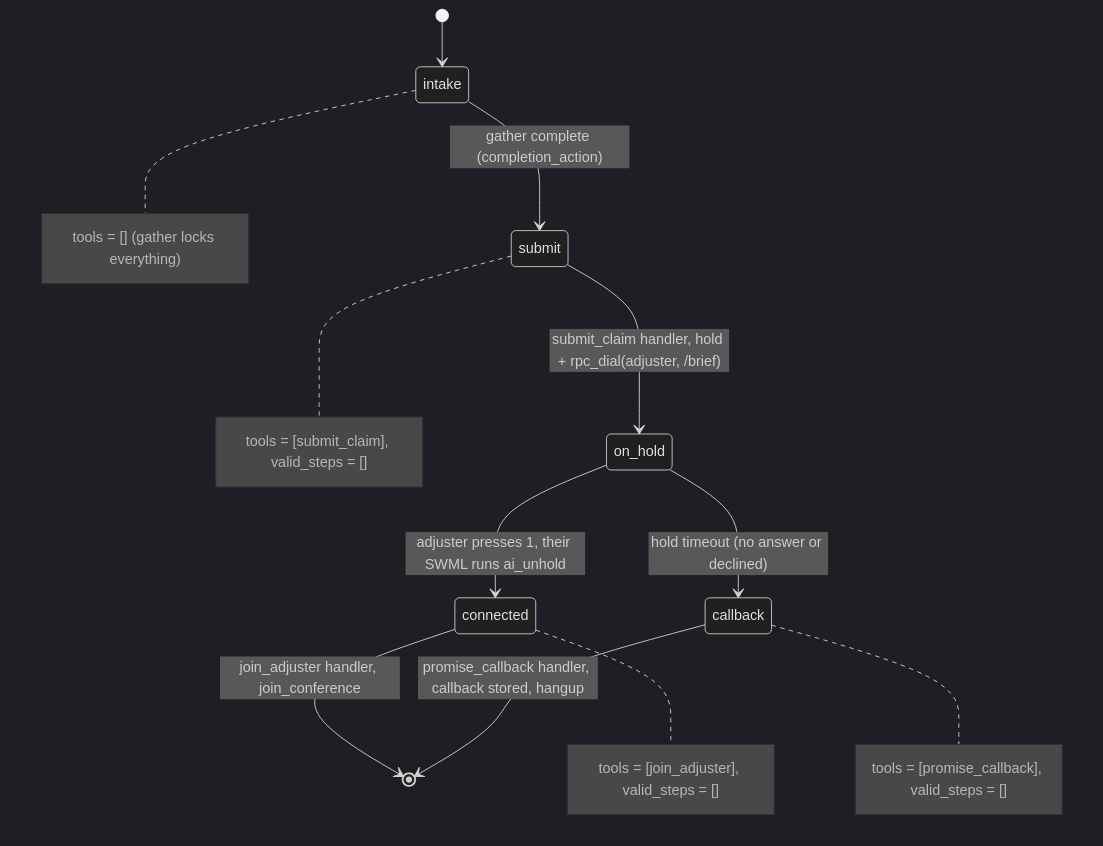
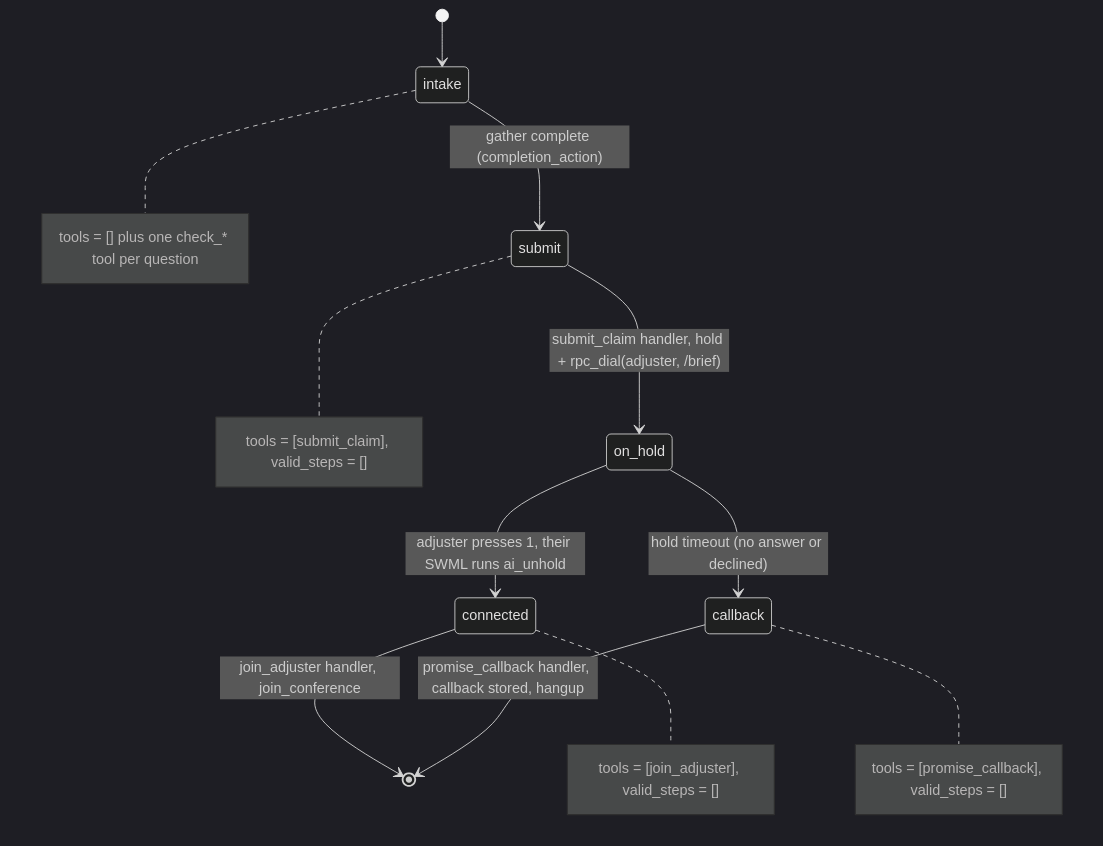
One commit to signalwire-demos/ai-recipes changed the diagram in recipes/09-insurance-claim-intake/README.md. Above: the diagram before and after it, drawn with Mermaid (dark theme). The commit also changed other lines of this file and 7 other files, not shown here.

First line of the commit message:
09 insurance claim intake: validate every gather answer in code (#42)

````diff
--- a/recipes/09-insurance-claim-intake/README.md
+++ b/recipes/09-insurance-claim-intake/README.md
@@ -27,14 +37,14 @@
 ```mermaid
 stateDiagram-v2
     [*] --> intake
     intake --> submit: gather complete (completion_action)
     submit --> on_hold: submit_claim handler, hold + rpc_dial(adjuster, /brief)
     on_hold --> connected: adjuster presses 1, their SWML runs ai_unhold
     on_hold --> callback: hold timeout (no answer or declined)
     connected --> [*]: join_adjuster handler, join_conference
     callback --> [*]: promise_callback handler, callback stored, hangup
-    note right of intake: tools = [] (gather locks everything)
+    note right of intake: tools = [] plus one check_* tool per question
     note right of submit: tools = [submit_claim], valid_steps = []
     note right of connected: tools = [join_adjuster], valid_steps = []
     note right of callback: tools = [promise_callback], valid_steps = []
 ```
````
